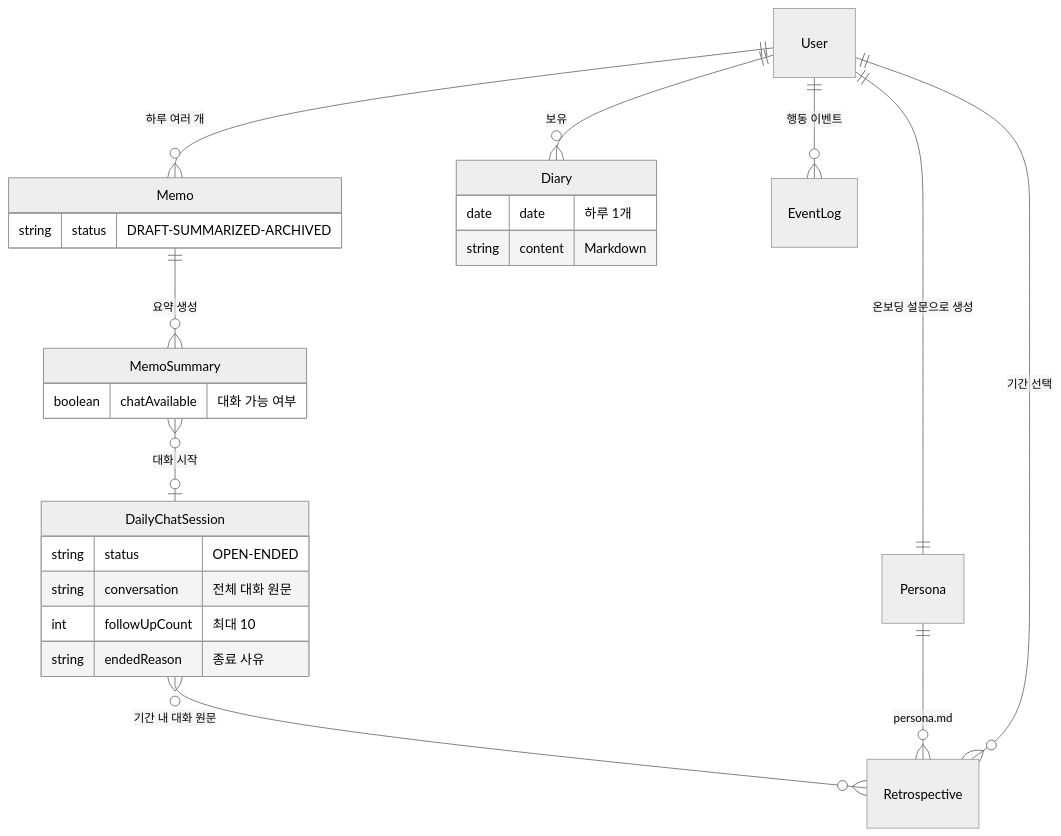
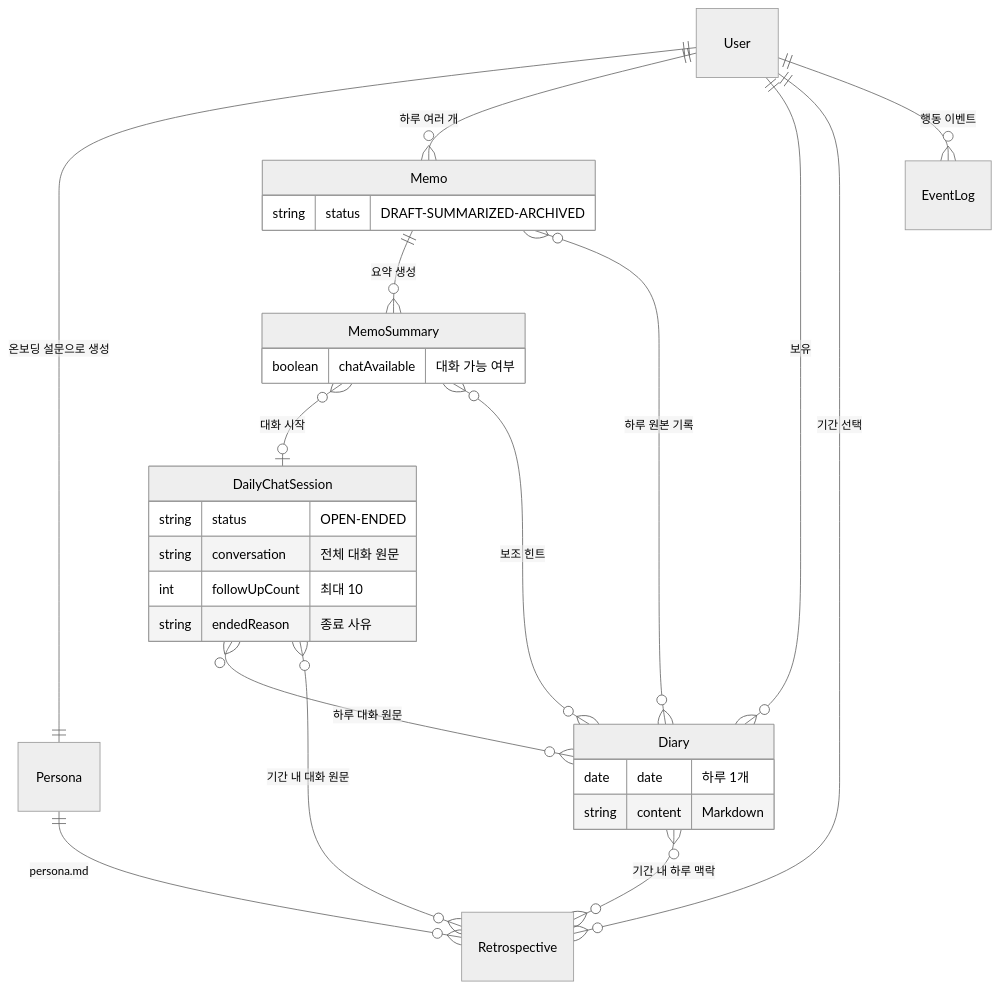
One commit to my-girin-log/girin-log-harness changed the fifth of 7 diagrams in README.md. Above: the diagram before and after it, drawn with Mermaid (neutral theme). The commit also changed other lines of this file and 12 other files, not shown here.

Commit message:
docs: Diary 회고 생성 정책과 Memo 수정 삭제 명세 정리

````diff
--- a/README.md
+++ b/README.md
@@ -166,28 +166,32 @@
 ```mermaid
 erDiagram
     User ||--|| Persona : "온보딩 설문으로 생성"
     User ||--o{ Memo : "하루 여러 개"
     Memo ||--o{ MemoSummary : "요약 생성"
     MemoSummary }o--o| DailyChatSession : "대화 시작"
+    Memo }o--o{ Diary : "하루 원본 기록"
+    MemoSummary }o--o{ Diary : "보조 힌트"
+    DailyChatSession }o--o{ Diary : "하루 대화 원문"
     DailyChatSession }o--o{ Retrospective : "기간 내 대화 원문"
+    Diary }o--o{ Retrospective : "기간 내 하루 맥락"
     Persona ||--o{ Retrospective : "persona.md"
     User ||--o{ Diary : "보유"
     User ||--o{ Retrospective : "기간 선택"
     User ||--o{ EventLog : "행동 이벤트"
     Memo {
         string status "DRAFT-SUMMARIZED-ARCHIVED"
     }
     MemoSummary {
         boolean chatAvailable "대화 가능 여부"
     }
     DailyChatSession {
         string status "OPEN-ENDED"
         string conversation "전체 대화 원문"
         int followUpCount "최대 10"
         string endedReason "종료 사유"
     }
     Diary {
         date date "하루 1개"
         string content "Markdown"
     }
 ```
````
